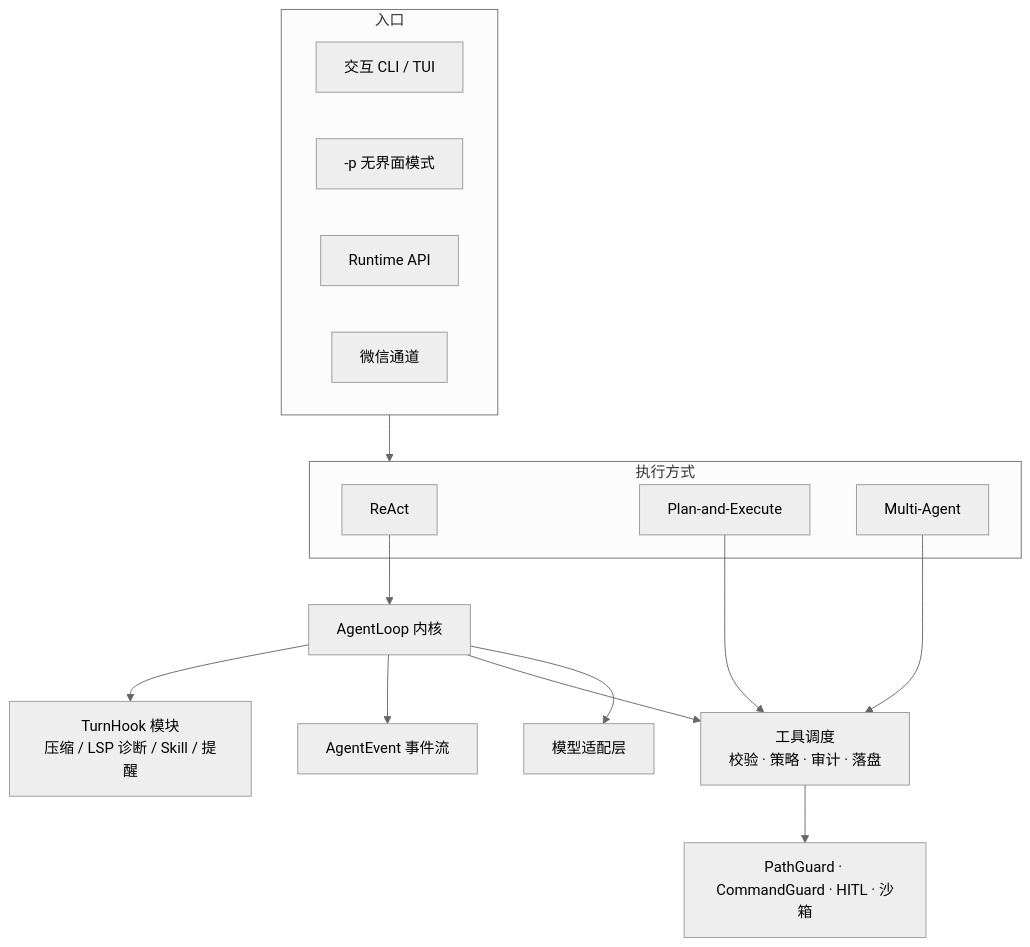
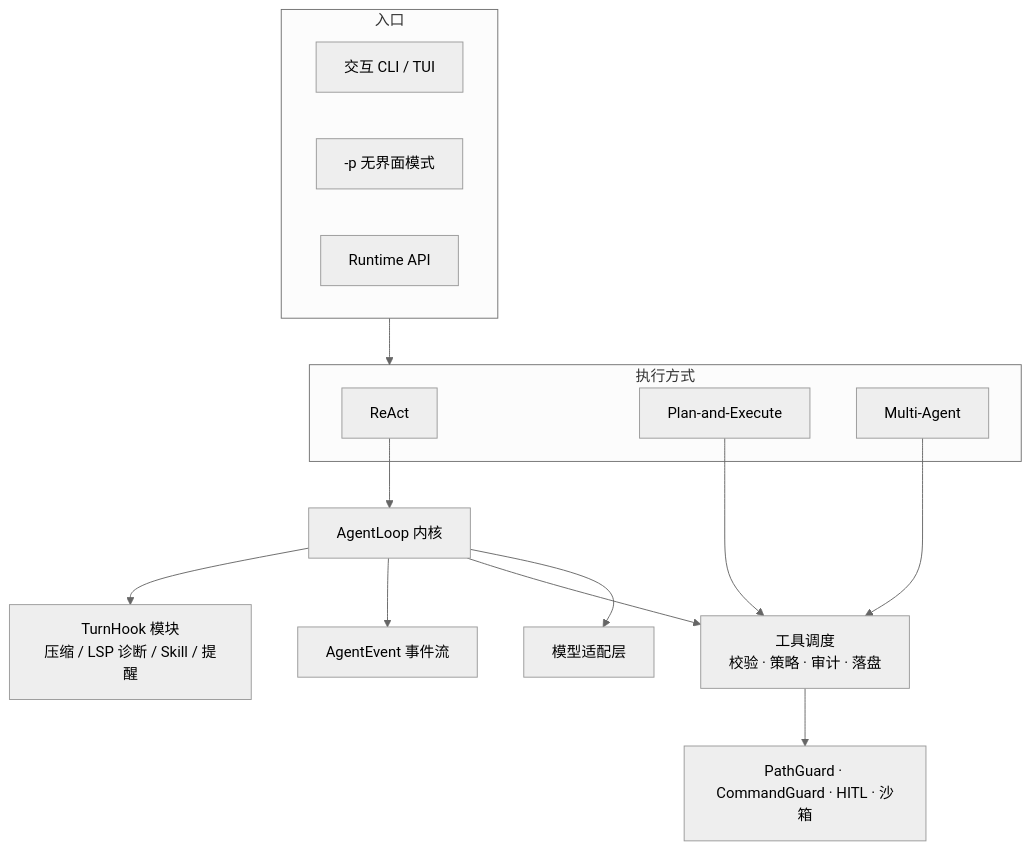
One commit to SuperGh2233/AgentCli changed the diagram in README.md. Above: the diagram before and after it, drawn with Mermaid (neutral theme). The commit also changed other lines of this file and 39 other files, not shown here.

````diff
--- a/README.md
+++ b/README.md
@@ -85,23 +85,22 @@
 ```mermaid
 flowchart TB
   subgraph Entry[入口]
     CLI[交互 CLI / TUI]
     HL["-p 无界面模式"]
     API[Runtime API]
-    WX[微信通道]
   end
   subgraph Modes[执行方式]
     R[ReAct]
     P[Plan-and-Execute]
     T[Multi-Agent]
   end
   Entry --> Modes
   R --> LOOP[AgentLoop 内核]
   LOOP --> HOOK[TurnHook 模块<br/>压缩 / LSP 诊断 / Skill / 提醒]
   LOOP --> EV[AgentEvent 事件流]
   LOOP --> TOOLS[工具调度<br/>校验 · 策略 · 审计 · 落盘]
   P --> TOOLS
   T --> TOOLS
   TOOLS --> SEC[PathGuard · CommandGuard · HITL · 沙箱]
   LOOP --> LLM[模型适配层]
 ```
````
